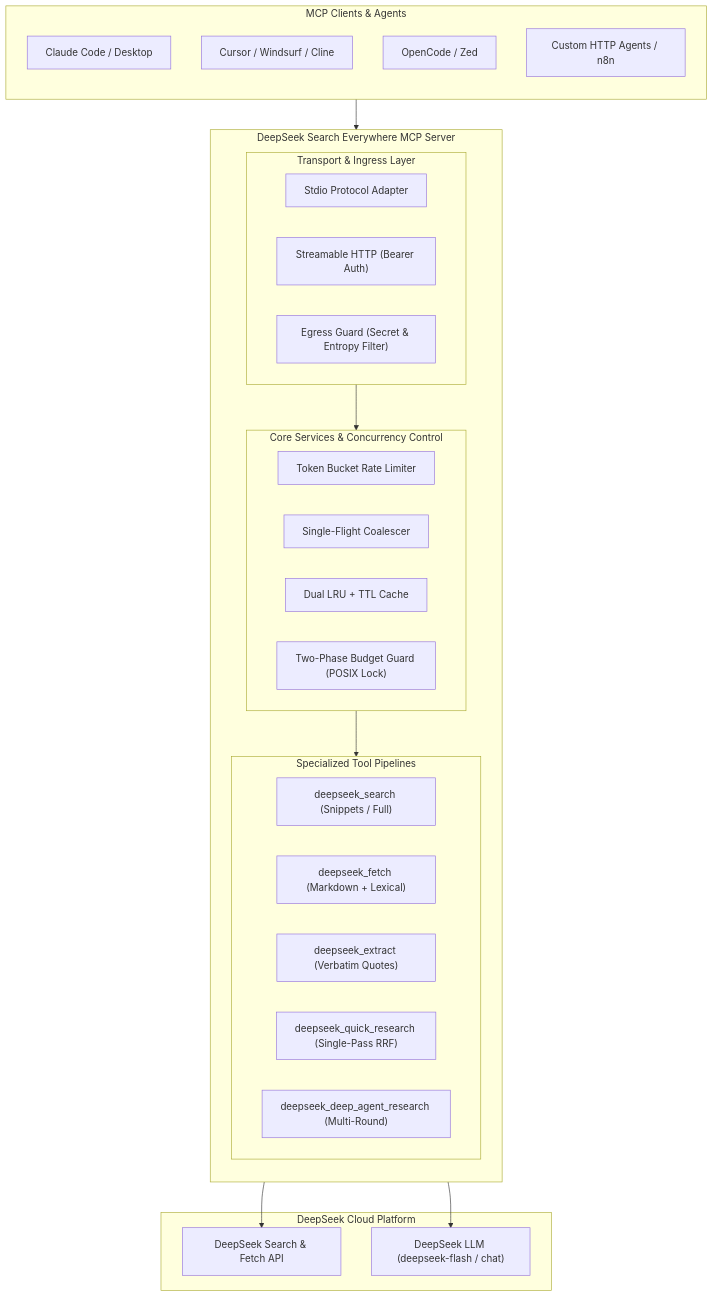
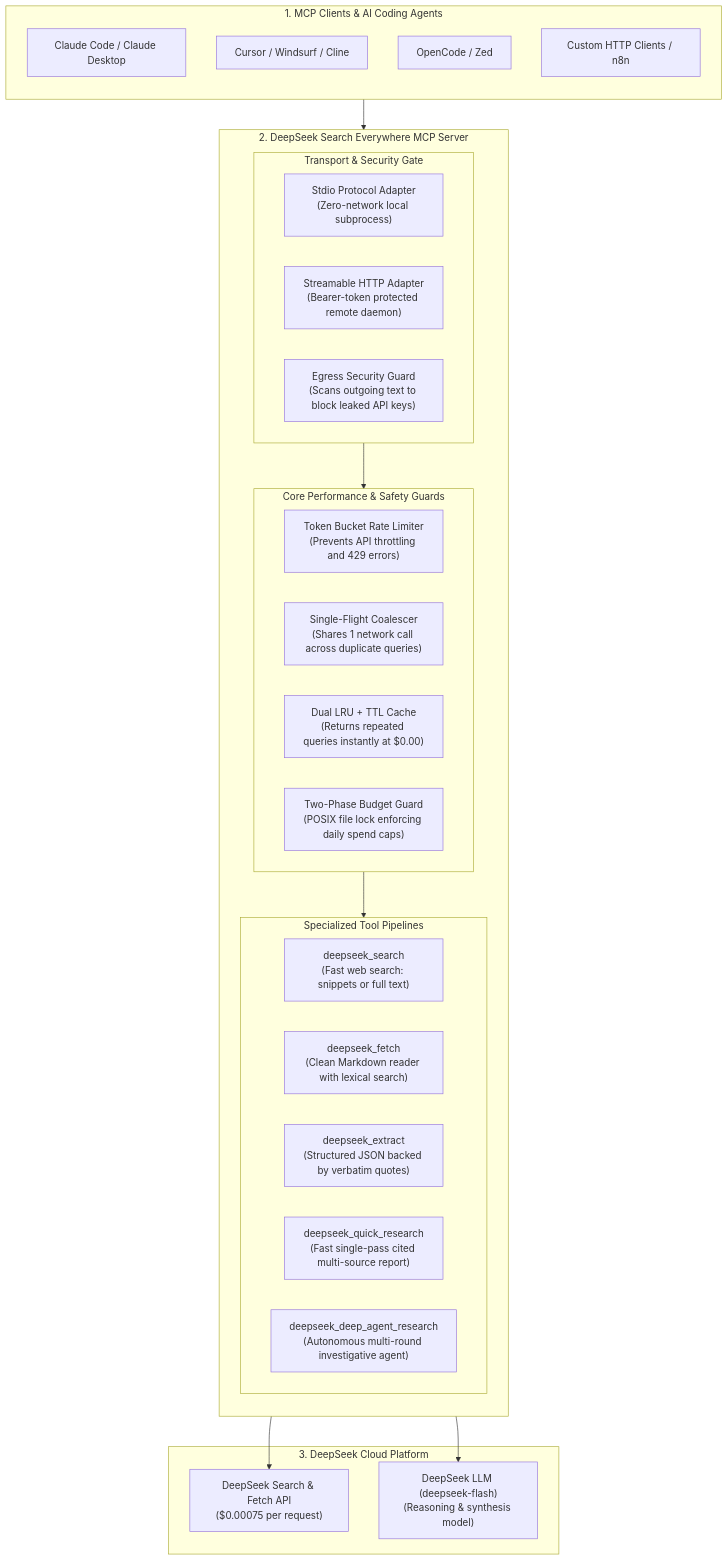
Before and after one commit to radoxtech/deepseek-search-everywhere-mcp: the first of 3 diagrams in docs/architecture.md, drawn with Mermaid. The commit also changed other lines of this file and 1 other file, not shown here.

Commit message:
docs: improve architecture readability, remove color clashes, and correct competitor pricing

````diff
--- a/docs/architecture.md
+++ b/docs/architecture.md
@@ -11,45 +13,45 @@
 ```mermaid
 flowchart TB
-    subgraph Clients["MCP Clients & Agents"]
+    subgraph Clients["1. MCP Clients & AI Coding Agents"]
         direction TB
-        C1["Claude Code / Desktop"]
+        C1["Claude Code / Claude Desktop"]
         C2["Cursor / Windsurf / Cline"]
         C3["OpenCode / Zed"]
-        C4["Custom HTTP Agents / n8n"]
+        C4["Custom HTTP Clients / n8n"]
     end
 
-    subgraph Server["DeepSeek Search Everywhere MCP Server"]
+    subgraph Server["2. DeepSeek Search Everywhere MCP Server"]
         direction TB
-        subgraph Gateway["Transport & Ingress Layer"]
-            T1["Stdio Protocol Adapter"]
-            T2["Streamable HTTP (Bearer Auth)"]
-            Egress["Egress Guard (Secret & Entropy Filter)"]
+        subgraph Gateway["Transport & Security Gate"]
+            T1["Stdio Protocol Adapter<br/>(Zero-network local subprocess)"]
+            T2["Streamable HTTP Adapter<br/>(Bearer-token protected remote daemon)"]
+            Egress["Egress Security Guard<br/>(Scans outgoing text to block leaked API keys)"]
         end
 
-        subgraph Core["Core Services & Concurrency Control"]
-            Limiter["Token Bucket Rate Limiter"]
-            Flight["Single-Flight Coalescer"]
-            Cache["Dual LRU + TTL Cache"]
-            Budget["Two-Phase Budget Guard (POSIX Lock)"]
+        subgraph Core["Core Performance & Safety Guards"]
+            Limiter["Token Bucket Rate Limiter<br/>(Prevents API throttling and 429 errors)"]
+            Flight["Single-Flight Coalescer<br/>(Shares 1 network call across duplicate queries)"]
+            Cache["Dual LRU + TTL Cache<br/>(Returns repeated queries instantly at $0.00)"]
+            Budget["Two-Phase Budget Guard<br/>(POSIX file lock enforcing daily spend caps)"]
         end
 
         subgraph Pipelines["Specialized Tool Pipelines"]
-            Search["deepseek_search (Snippets / Full)"]
-            Fetch["deepseek_fetch (Markdown + Lexical)"]
-            Extract["deepseek_extract (Verbatim Quotes)"]
-            Quick["deepseek_quick_research (Single-Pass RRF)"]
-            Agent["deepseek_deep_agent_research (Multi-Round)"]
+            Search["deepseek_search<br/>(Fast web search: snippets or full text)"]
+            Fetch["deepseek_fetch<br/>(Clean Markdown reader with lexical search)"]
+            Extract["deepseek_extract<br/>(Structured JSON backed by verbatim quotes)"]
+            Quick["deepseek_quick_research<br/>(Fast single-pass cited multi-source report)"]
+            Agent["deepseek_deep_agent_research<br/>(Autonomous multi-round investigative agent)"]
         end
     end
 
-    subgraph DeepSeek["DeepSeek Cloud Platform"]
-        SearchAPI["DeepSeek Search & Fetch API"]
-        LLM["DeepSeek LLM (deepseek-flash / chat)"]
+    subgraph DeepSeek["3. DeepSeek Cloud Platform"]
+        SearchAPI["DeepSeek Search & Fetch API<br/>($0.00075 per request)"]
+        LLM["DeepSeek LLM (deepseek-flash)<br/>(Reasoning & synthesis model)"]
     end
 
     Clients --> Gateway
     Gateway --> Core
     Core --> Pipelines
     Pipelines --> SearchAPI
     Pipelines --> LLM
 ```
````
